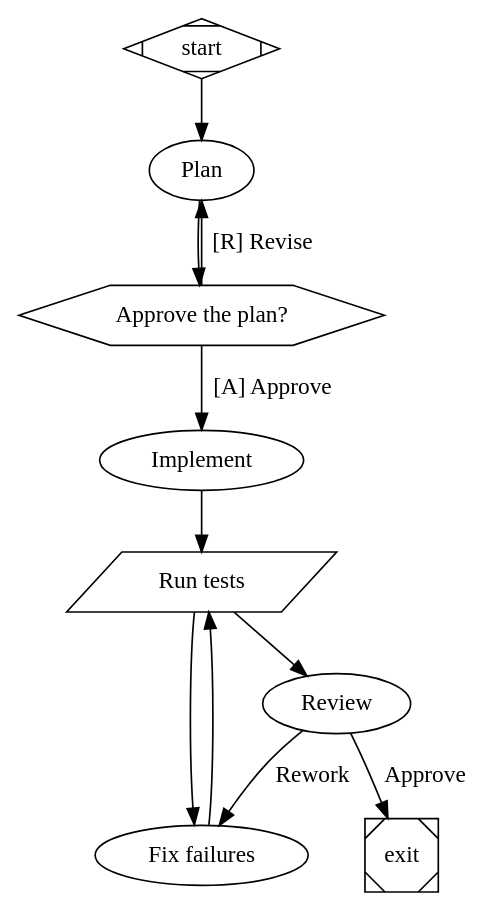
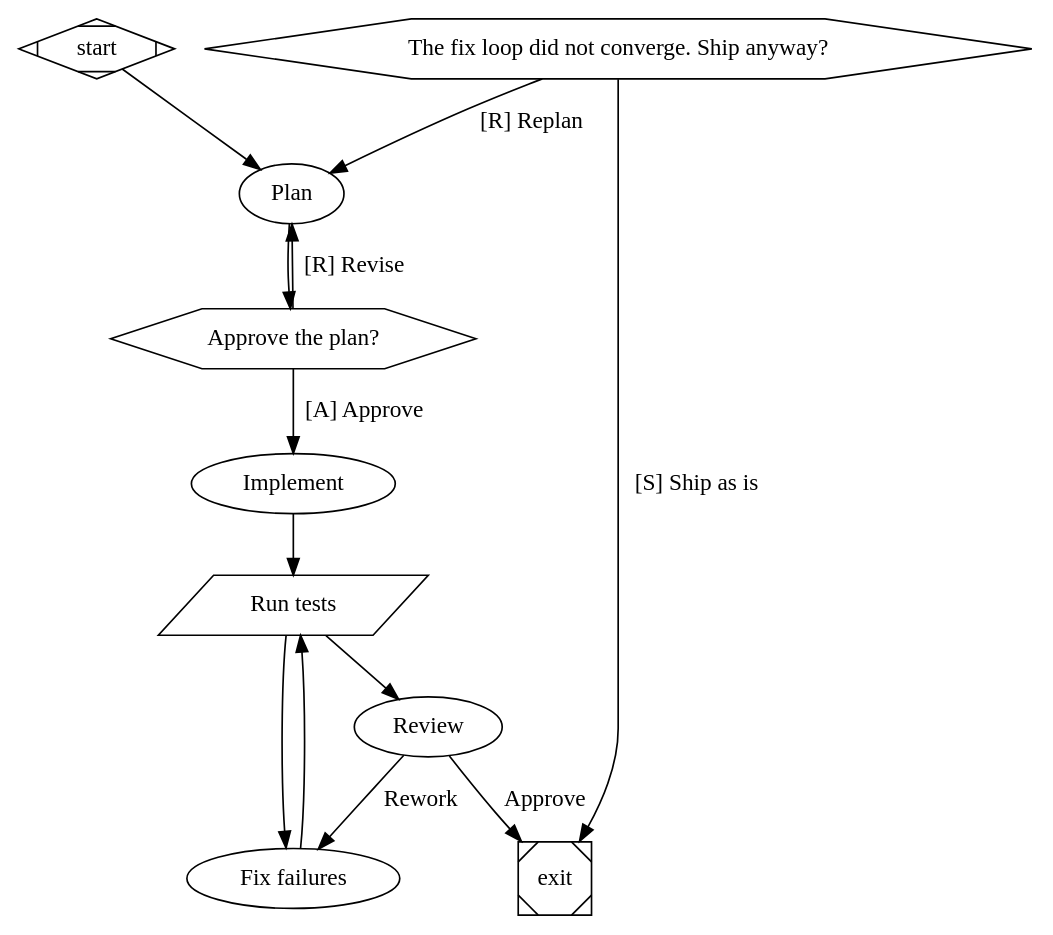
Before and after one commit to arverma0/Reactor: the fifth of 5 diagrams in src/Reactor.Server/Studio/architect.md, drawn with Graphviz. The commit also changed other lines of this file and 214 other files, not shown here.

````diff
--- a/src/Reactor.Server/Studio/architect.md
+++ b/src/Reactor.Server/Studio/architect.md
@@ -97,28 +137,32 @@
 ```dot
 digraph feature_factory {
     graph [
         goal="Add the requested feature with tests",
+        default_on_fail="stop",
         model_stylesheet="* { llm_model: fast-model; reasoning_effort: medium; } .deep { llm_model: strong-model; reasoning_effort: high; }"
     ]
 
     start [shape=Mdiamond]
     exit  [shape=Msquare]
 
-    plan      [label="Plan", class="deep", prompt="Read the codebase and write a step-by-step plan for: $goal. List the files to change and the tests to add.", outputs="plan"]
+    plan      [label="Plan", class="deep", timeout="30m", prompt="Read the codebase and write a step-by-step plan for: $goal. List the files to change and the tests to add.", outputs="plan"]
     approve   [shape=hexagon, label="Approve the plan?"]
-    implement [label="Implement", prompt="Implement the approved plan, including the tests.", inputs="plan"]
-    test      [label="Run tests", shape=parallelogram, tool_command="python -m pytest -q", outputs="test_report", goal_gate=true]
-    fix       [label="Fix failures", prompt="Make the failing tests pass. Change the code, not the tests.", inputs="test_report", max_retries=1]
-    review    [label="Review", class="deep", prompt="Review the change against the plan. Choose Approve, or Rework with specific findings.", inputs="plan"]
+    implement [label="Implement", timeout="2h", prompt="Implement the approved plan, including the tests.", inputs="plan"]
+    test      [label="Run tests", shape=parallelogram, timeout="15m", tool_command="python -m pytest -q", outputs="test_report"]
+    fix       [label="Fix failures", timeout="60m", prompt="Make the failing tests pass. Change the code, not the tests.", inputs="plan, test_report, review", max_retries=1, max_visits=4, on_max_visits=escalate]
+    review    [label="Review", class="deep", timeout="40m", prompt="Review the change against the plan. Report metrics {\"major\": <count of major findings>} in your status file. Choose Approve, or Rework with specific findings.", inputs="plan", outputs="review"]
+    escalate  [shape=hexagon, label="The fix loop did not converge. Ship anyway?"]
 
     start -> plan -> approve
     approve -> implement [label="[A] Approve"]
     approve -> plan      [label="[R] Revise"]
     implement -> test
     test -> review [condition="outcome=success"]
     test -> fix    [condition="outcome=fail"]
     fix -> test
-    review -> exit [label="Approve"]
-    review -> fix  [label="Rework"]
+    review -> exit [condition="outcome=success && metrics.major=0", label="Approve"]
+    review -> fix  [label="Rework", weight=1]
+    escalate -> exit [label="[S] Ship as is"]
+    escalate -> plan [label="[R] Replan"]
 }
 ```
````
